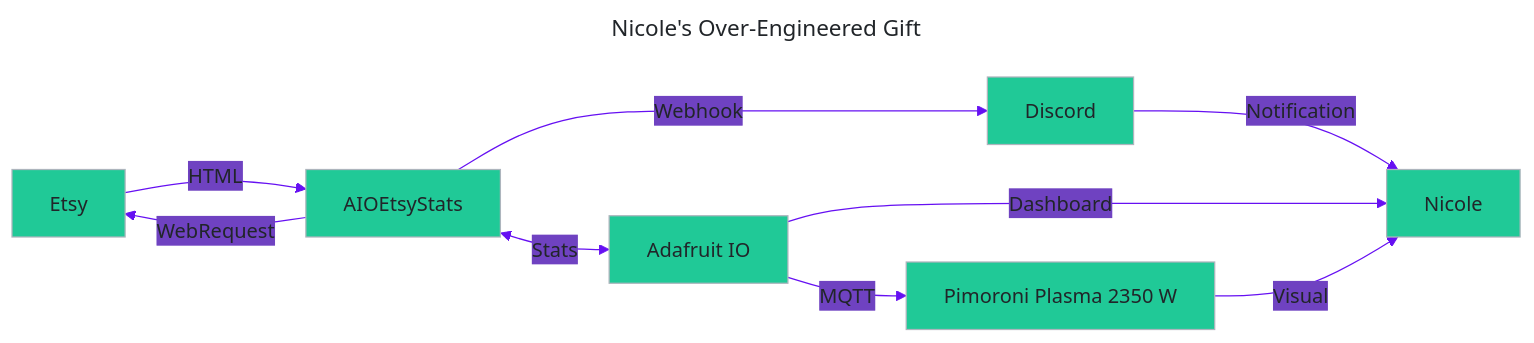
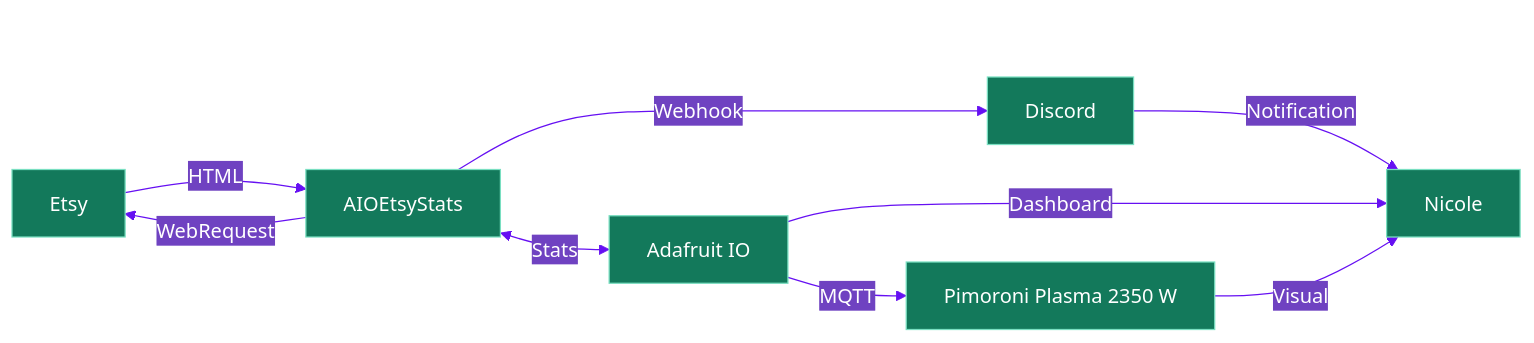
The diagram in README.md (ShawnEsterman/AIO-Etsy-Stats), drawn with Mermaid before and after one commit.

````diff
--- a/README.md
+++ b/README.md
@@ -24,30 +24,30 @@
 ```mermaid
 ---
 title: Nicole's Over-Engineered Gift
 config:
   theme: base
   themeVariables:
-    primaryColor: "#20c997"
-    primaryTextColor: "#212529"
-    primaryBorderColor: "#adb5bd"
+    primaryColor: "#13795b"
+    primaryTextColor: "#fff"
+    primaryBorderColor: "#79dfc1"
     lineColor: "#6610f2"
     secondaryColor: "#6f42c1"
     tertiaryColor: "#ffc107"
 ---
 flowchart LR;
   E[Etsy]
   A[AIOEtsyStats]
   AIO[Adafruit IO]
   D[Discord]
   P[Pimoroni Plasma 2350 W]
   N[Nicole]
 
   E --HTML--> A;
   A --WebRequest--> E;  
   A <--Stats--> AIO;
   A --Webhook--> D;
   D --Notification--> N;
   AIO --Dashboard--> N;
   AIO --MQTT--> P;
   P --Visual--> N;
 ```
````
